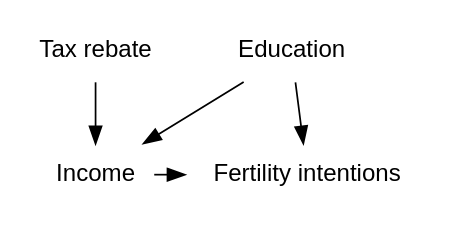
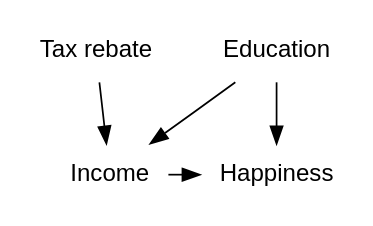
Before and after one commit to RohanAlexander/telling_stories: the fifth of 5 diagrams in 15-causality_from_obs.qmd, drawn with Graphviz. The commit also changed other lines of this file and 50 other files, not shown here.

````diff
--- a/15-causality_from_obs.qmd
+++ b/15-causality_from_obs.qmd
@@ -1504,20 +1767,20 @@
 ```{dot}
 //| label: fig-dot-taxrebateasiv
-//| fig-cap: "Education as a confounder for the relationship between income and fertility intentions with tax rebate as an instrumental variable"
+//| fig-cap: "Education as a confounder for the relationship between income and happiness with tax rebate as an instrumental variable"
 //| echo: true
 
 digraph D {
   
   node [shape=plaintext, fontname = "helvetica"];
   a [label = "Income"]
-  b [label = "Fertility intentions"]
+  b [label = "Happiness"]
   c [label = "Education"]
   d [label = "Tax rebate"]
   { rank=same a b};
   
   a->b
   c->a
   c->b
   d->a
 }
 ```
````
